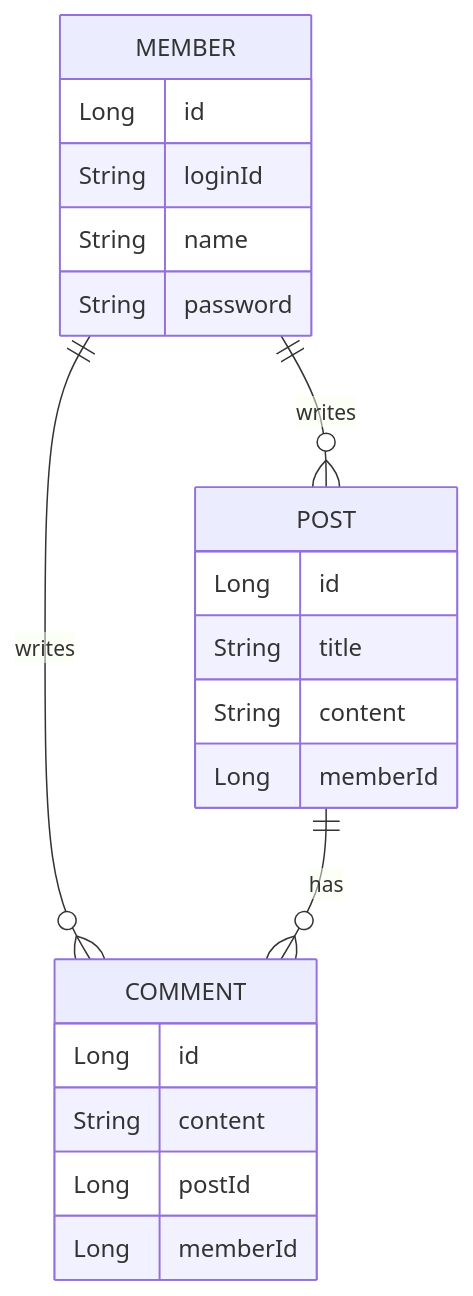
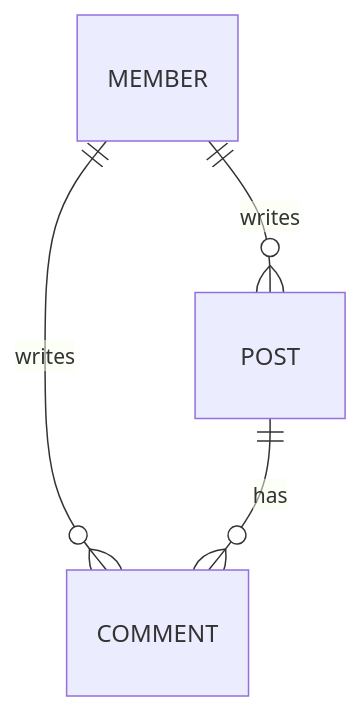
Before and after one commit to ochanhyeok/spring-crud-api: the second of 2 diagrams in README.md, drawn with Mermaid. The commit also changed other lines of this file, not shown here.

Commit message:
docs: update README for MyBatis and simplify architecture diagram

````diff
--- a/README.md
+++ b/README.md
@@ -94,25 +38,6 @@
 ```mermaid
 erDiagram
     MEMBER ||--o{ POST : writes
     MEMBER ||--o{ COMMENT : writes
     POST ||--o{ COMMENT : has
-
-    MEMBER {
-        Long id
-        String loginId
-        String name
-        String password
-    }
-    POST {
-        Long id
-        String title
-        String content
-        Long memberId
-    }
-    COMMENT {
-        Long id
-        String content
-        Long postId
-        Long memberId
-    }
 ```
````
